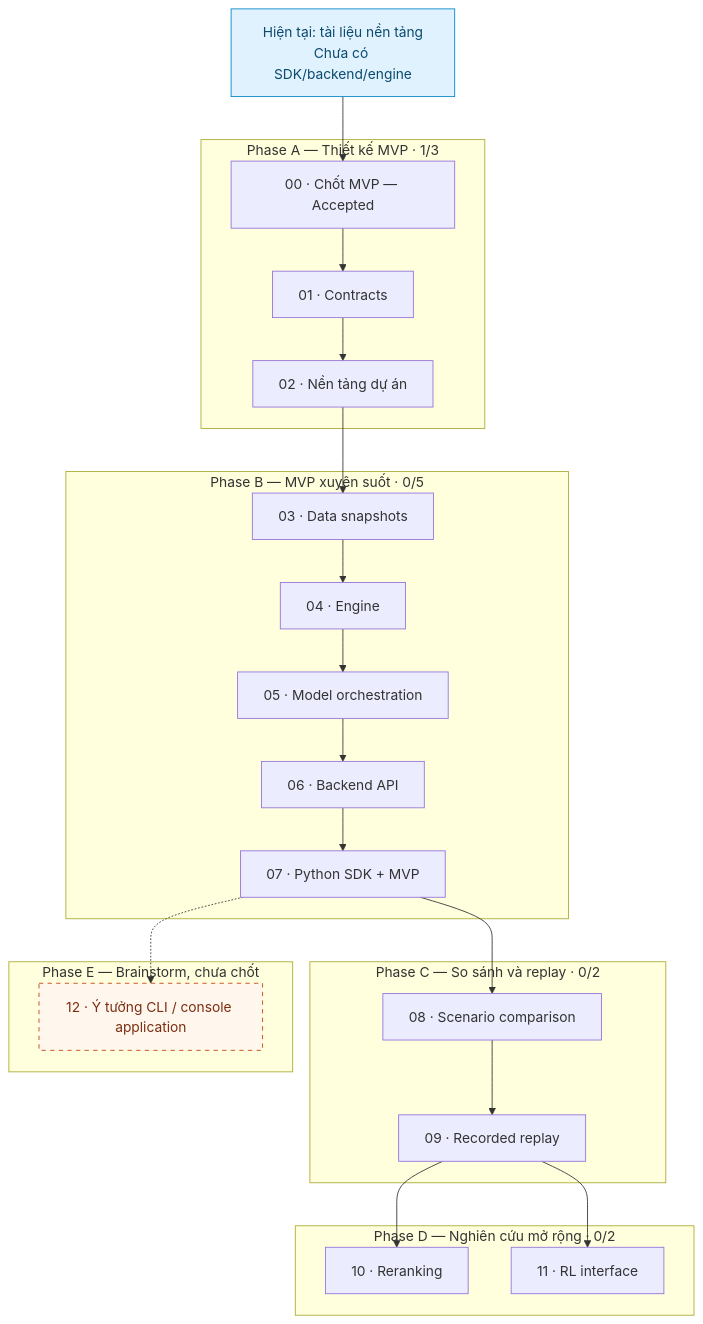
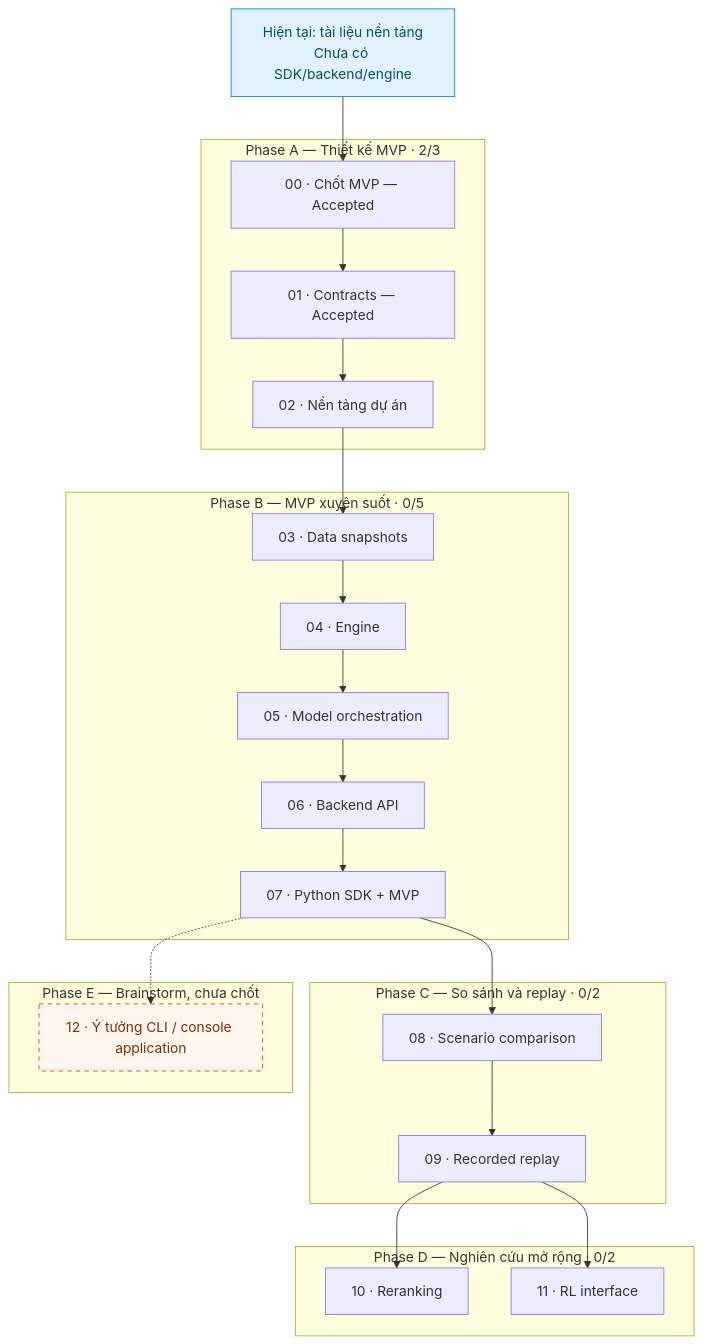
The diagram in plan/implementation/README.md (ryantr-statinops/factorsbt), drawn with Mermaid before and after one commit. The commit also changed other lines of this file and 26 other files, not shown here.

Commit message:
docs(contracts): publish MVP contract compatibility rules

````diff
--- a/plan/implementation/README.md
+++ b/plan/implementation/README.md
@@ -48,41 +48,41 @@
 ```mermaid
 flowchart TD
     NOW["Hiện tại: tài liệu nền tảng<br/>Chưa có SDK/backend/engine"]
     NOW --> A0
 
-    subgraph A["Phase A — Thiết kế MVP · 1/3"]
-        A0["00 · Chốt MVP — Accepted"] --> A1["01 · Contracts"]
+    subgraph A["Phase A — Thiết kế MVP · 2/3"]
+        A0["00 · Chốt MVP — Accepted"] --> A1["01 · Contracts — Accepted"]
         A1 --> A2["02 · Nền tảng dự án"]
     end
 
     subgraph B["Phase B — MVP xuyên suốt · 0/5"]
         B0["03 · Data snapshots"] --> B1["04 · Engine"]
         B1 --> B2["05 · Model orchestration"]
         B2 --> B3["06 · Backend API"]
         B3 --> B4["07 · Python SDK + MVP"]
     end
 
     subgraph C["Phase C — So sánh và replay · 0/2"]
         C0["08 · Scenario comparison"] --> C1["09 · Recorded replay"]
     end
 
     subgraph D["Phase D — Nghiên cứu mở rộng · 0/2"]
         D0["10 · Reranking"]
         D1["11 · RL interface"]
     end
 
     subgraph E["Phase E — Brainstorm, chưa chốt"]
         E0["12 · Ý tưởng CLI / console application"]
     end
 
     A2 --> B0
     B4 --> C0
     C1 --> D0
     C1 --> D1
     B4 -.-> E0
 
     classDef current fill:#e0f2fe,stroke:#0284c7,color:#0c4a6e
     classDef idea fill:#fff7ed,stroke:#c2410c,color:#7c2d12,stroke-dasharray:5 5
     class NOW current
     class E0 idea
 ```
````
